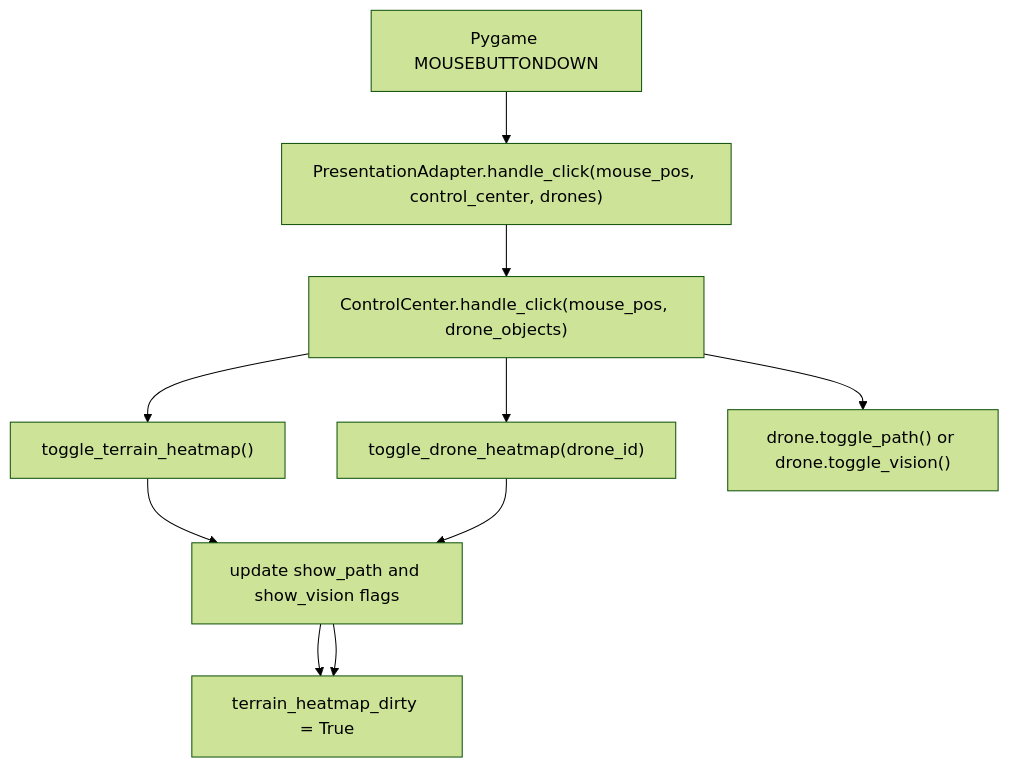
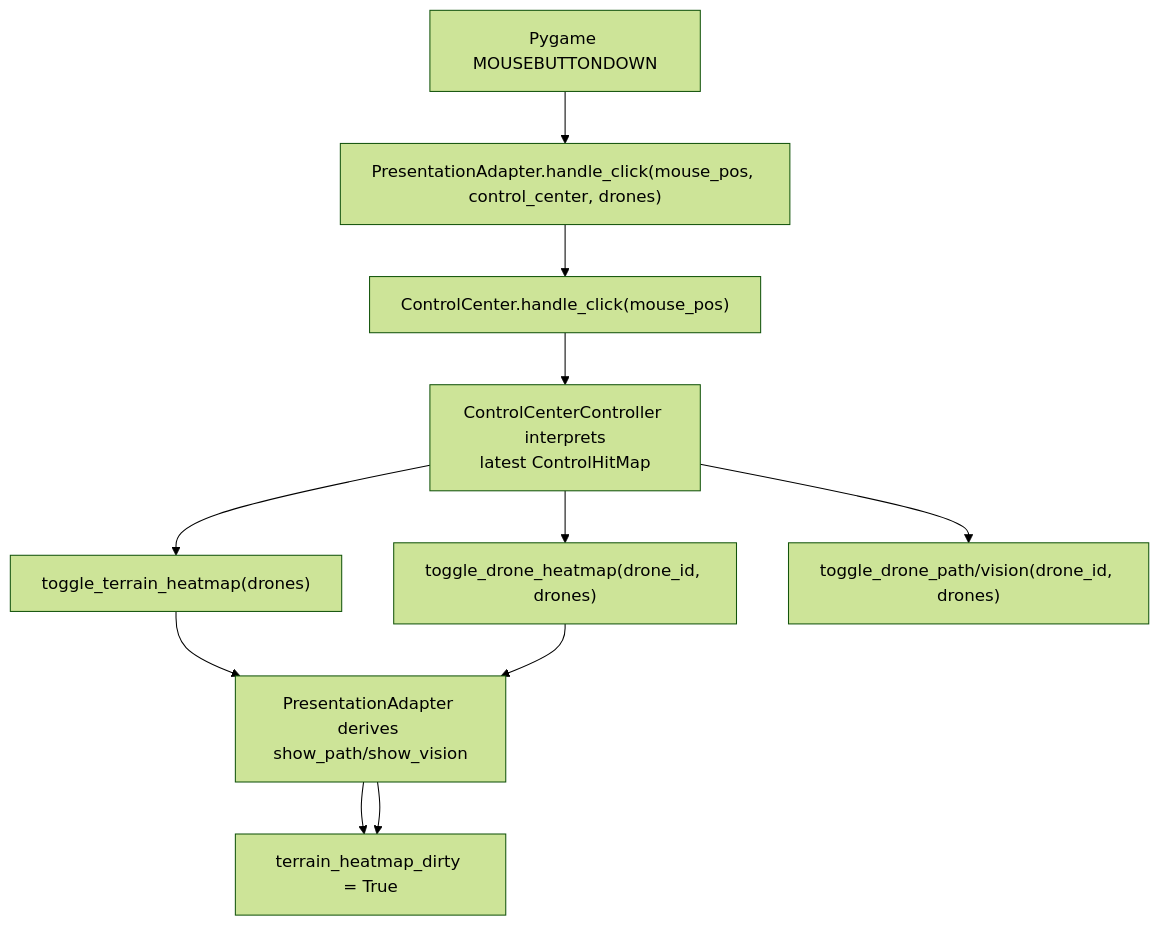
Diagram 13 of 14 in CODEFLOW.md (Gmark117/Cave_Game), drawn with Mermaid (forest theme) before and after one commit. The commit also changed other lines of this file and 82 other files, not shown here.

First line of the commit message:
Add control center view model, tests, and related functionality

````diff
--- a/CODEFLOW.md
+++ b/CODEFLOW.md
@@ -725,16 +782,17 @@
 ```mermaid
 flowchart TD
     Mouse["Pygame MOUSEBUTTONDOWN"]
     Presentation["PresentationAdapter.handle_click(mouse_pos, control_center, drones)"]
-    CCClick["ControlCenter.handle_click(mouse_pos, drone_objects)"]
-    Global["toggle_terrain_heatmap()"]
-    DroneHeat["toggle_drone_heatmap(drone_id)"]
-    DroneOverlay["drone.toggle_path() or drone.toggle_vision()"]
-    Visibility["update show_path and show_vision flags"]
+    CCClick["ControlCenter.handle_click(mouse_pos)"]
+    Controller["ControlCenterController interprets<br/>latest ControlHitMap"]
+    Global["toggle_terrain_heatmap(drones)"]
+    DroneHeat["toggle_drone_heatmap(drone_id, drones)"]
+    DroneOverlay["toggle_drone_path/vision(drone_id, drones)"]
+    Visibility["PresentationAdapter derives show_path/show_vision"]
     Dirty["terrain_heatmap_dirty = True"]
 
-    Mouse --> Presentation --> CCClick
-    CCClick --> Global --> Visibility --> Dirty
-    CCClick --> DroneHeat --> Visibility --> Dirty
-    CCClick --> DroneOverlay
+    Mouse --> Presentation --> CCClick --> Controller
+    Controller --> Global --> Visibility --> Dirty
+    Controller --> DroneHeat --> Visibility --> Dirty
+    Controller --> DroneOverlay
 ```
````
